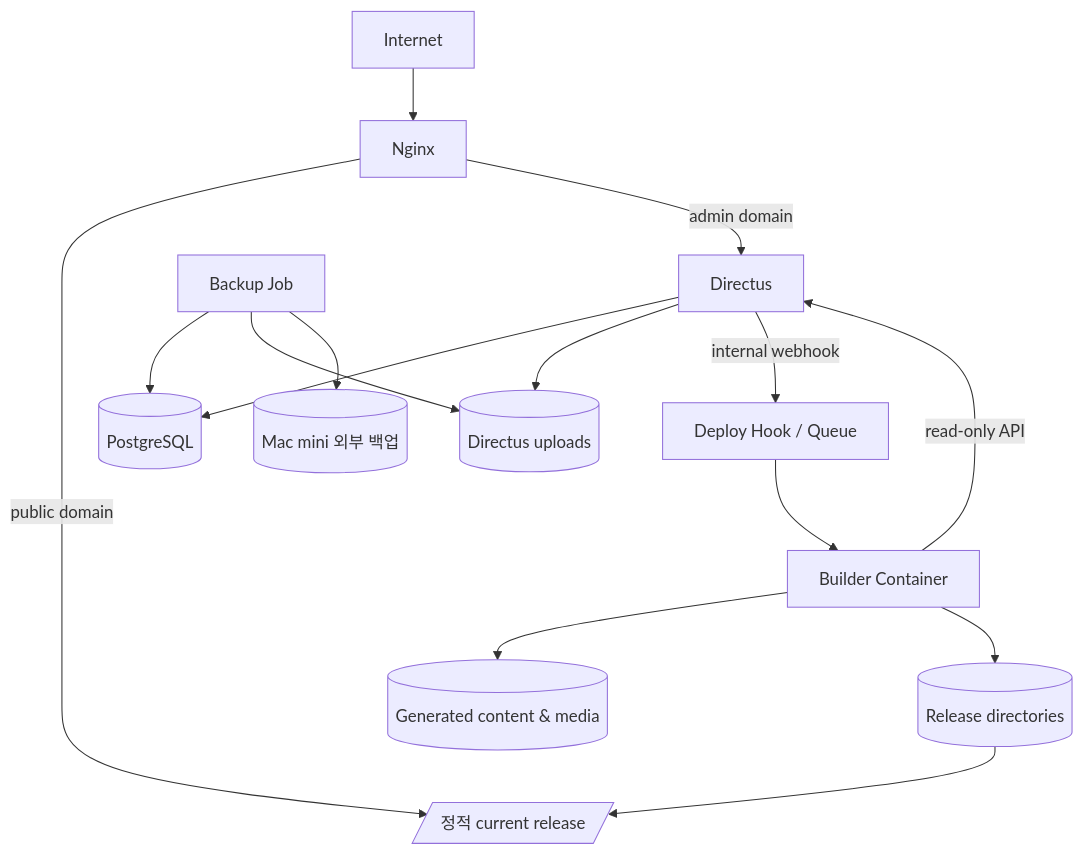
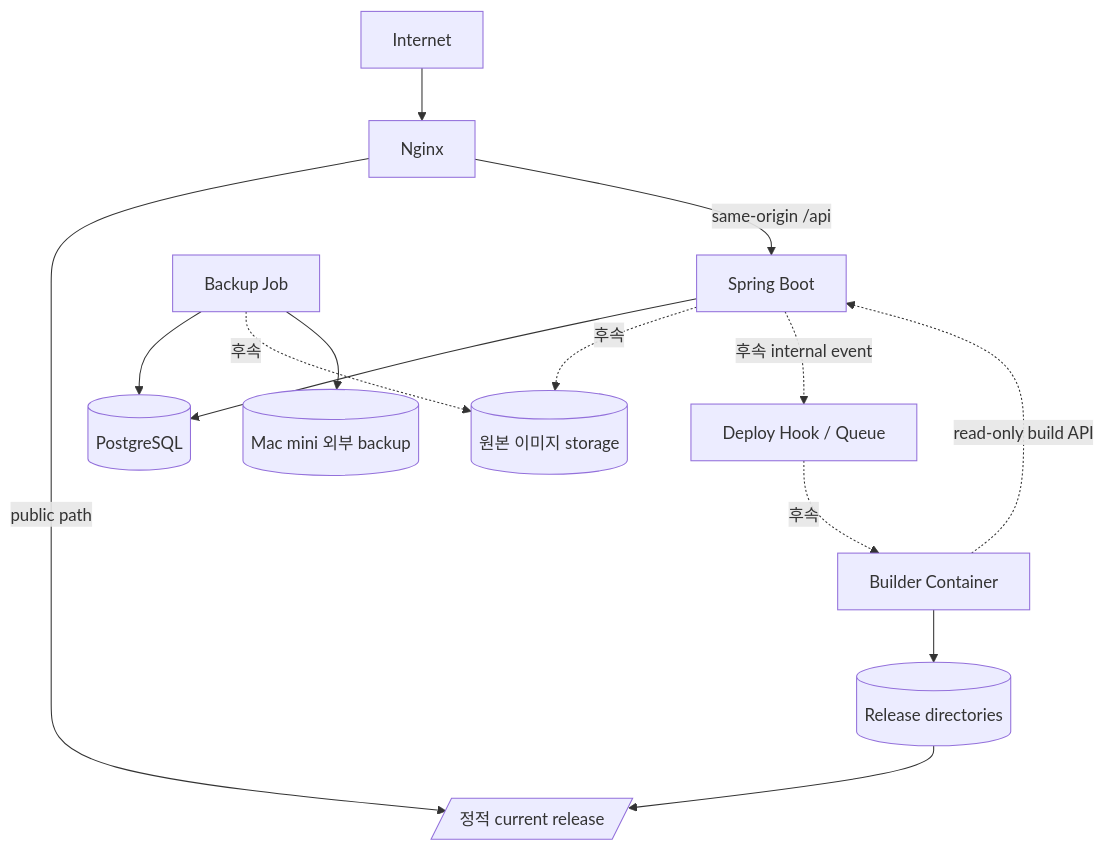
One commit to xxh3898/Rhaomi changed the diagram in docs/04-architecture/container-architecture.md. Above: the diagram before and after it, drawn with Mermaid. The commit also changed other lines of this file and 58 other files, not shown here.

First line of the commit message:
docs: Spring Boot 관리 아키텍처 기준 동기화

````diff
--- a/docs/04-architecture/container-architecture.md
+++ b/docs/04-architecture/container-architecture.md
@@ -30,21 +45,20 @@
 ```mermaid
 flowchart TB
     Internet[Internet] --> Nginx[Nginx]
 
-    Nginx -->|public domain| Static[/정적 current release/]
-    Nginx -->|admin domain| Directus[Directus]
+    Nginx -->|public path| Static[/정적 current release/]
+    Nginx -->|same-origin /api| Backend[Spring Boot]
 
-    Directus --> Postgres[(PostgreSQL)]
-    Directus --> Uploads[(Directus uploads)]
-    Directus -->|internal webhook| Deployer[Deploy Hook / Queue]
+    Backend --> Postgres[(PostgreSQL)]
+    Backend -. 후속 .-> Uploads[(원본 이미지 storage)]
+    Backend -. 후속 internal event .-> Deployer[Deploy Hook / Queue]
 
-    Deployer --> Builder[Builder Container]
-    Builder -->|read-only API| Directus
-    Builder --> Generated[(Generated content & media)]
+    Deployer -. 후속 .-> Builder[Builder Container]
+    Builder -. read-only build API .-> Backend
     Builder --> Releases[(Release directories)]
     Releases --> Static
 
     Backup[Backup Job] --> Postgres
-    Backup --> Uploads
-    Backup --> Offsite[(Mac mini 외부 백업)]
+    Backup -. 후속 .-> Uploads
+    Backup --> Offsite[(Mac mini 외부 backup)]
 ```
````
